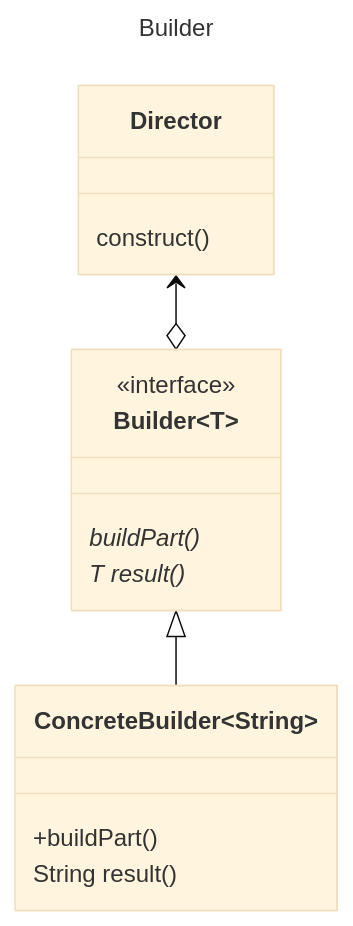
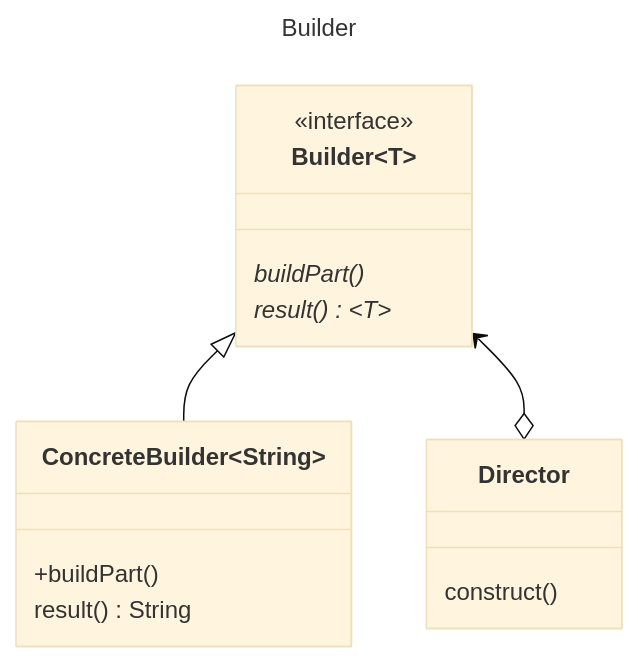
One commit to mtrigueira/JGoF changed the diagram in src/main/java/org/example/gof/creation/builder/Builder.md. Above: the diagram before and after it, drawn with Mermaid (base theme).

````diff
--- a/src/main/java/org/example/gof/creation/builder/Builder.md
+++ b/src/main/java/org/example/gof/creation/builder/Builder.md
@@ -1,20 +1,20 @@
 ```mermaid
 ---
 title: Builder
 ---
 classDiagram
     class Builder~T~ {
         <<interface>>
         buildPart()*
-        T result()*
+        result()* ~T~
     }
     class ConcreteBuilder~String~ {
         +buildPart()
-        String result()
+        result() String
     }
     class Director {
         construct()
     }
     Builder <|-- ConcreteBuilder
-    Director <--o Builder
+    Builder <--o Director
 ```
````
